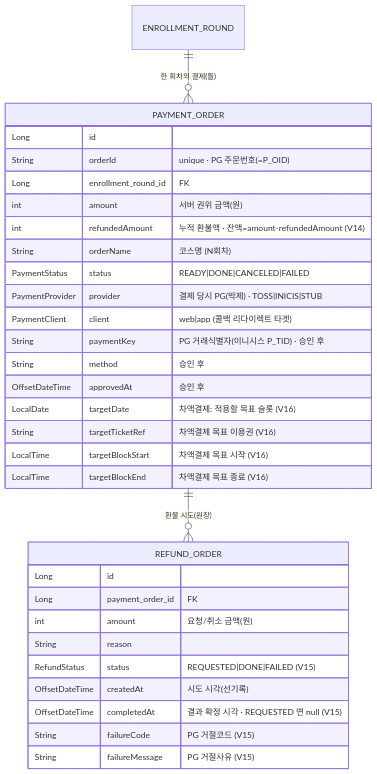
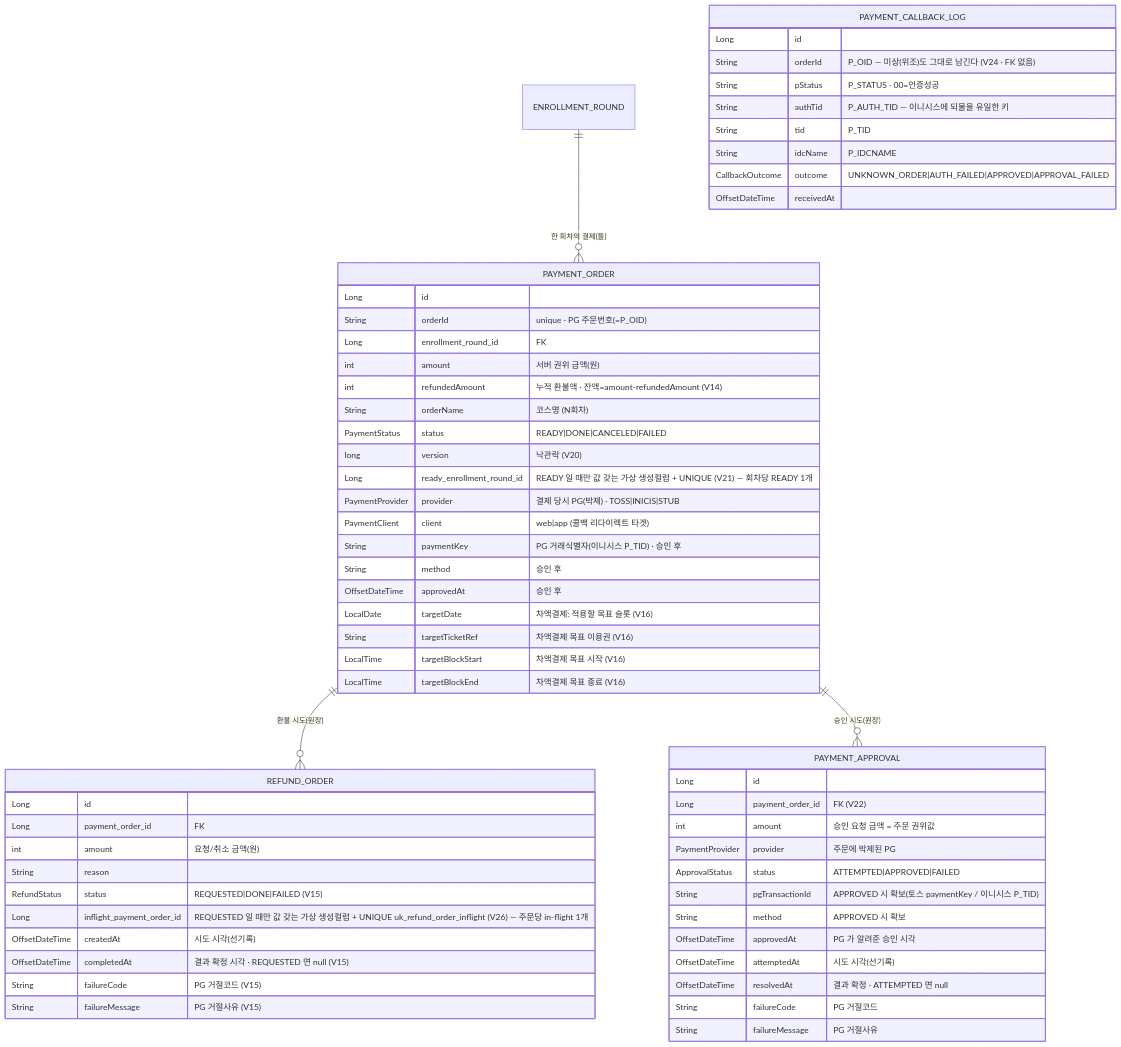
The third of 3 diagrams in docs/architecture/payment.md (pungdong/Pungdong-Backend), drawn with Mermaid before and after one commit. The commit also changed other lines of this file and 1 other file, not shown here.

````diff
--- a/docs/architecture/payment.md
+++ b/docs/architecture/payment.md
@@ -98,34 +112,62 @@
 ```mermaid
 erDiagram
     ENROLLMENT_ROUND ||--o{ PAYMENT_ORDER : "한 회차의 결제(들)"
     PAYMENT_ORDER {
         Long id
         String orderId "unique · PG 주문번호(=P_OID)"
         Long enrollment_round_id "FK"
         int amount "서버 권위 금액(원)"
         int refundedAmount "누적 환불액 · 잔액=amount-refundedAmount (V14)"
         String orderName "코스명 (N회차)"
         PaymentStatus status "READY|DONE|CANCELED|FAILED"
+        long version "낙관락 (V20)"
+        Long ready_enrollment_round_id "READY 일 때만 값 갖는 가상 생성컬럼 + UNIQUE (V21) — 회차당 READY 1개"
         PaymentProvider provider "결제 당시 PG(박제) · TOSS|INICIS|STUB"
         PaymentClient client "web|app (콜백 리다이렉트 타겟)"
         String paymentKey "PG 거래식별자(이니시스 P_TID) · 승인 후"
         String method "승인 후"
         OffsetDateTime approvedAt "승인 후"
         LocalDate targetDate "차액결제: 적용할 목표 슬롯 (V16)"
         String targetTicketRef "차액결제 목표 이용권 (V16)"
         LocalTime targetBlockStart "차액결제 목표 시작 (V16)"
         LocalTime targetBlockEnd "차액결제 목표 종료 (V16)"
     }
     PAYMENT_ORDER ||--o{ REFUND_ORDER : "환불 시도(원장)"
     REFUND_ORDER {
         Long id
         Long payment_order_id "FK"
         int amount "요청/취소 금액(원)"
         String reason
         RefundStatus status "REQUESTED|DONE|FAILED (V15)"
+        Long inflight_payment_order_id "REQUESTED 일 때만 값 갖는 가상 생성컬럼 + UNIQUE uk_refund_order_inflight (V26) — 주문당 in-flight 1개"
         OffsetDateTime createdAt "시도 시각(선기록)"
         OffsetDateTime completedAt "결과 확정 시각 · REQUESTED 면 null (V15)"
         String failureCode "PG 거절코드 (V15)"
         String failureMessage "PG 거절사유 (V15)"
     }
+    PAYMENT_ORDER ||--o{ PAYMENT_APPROVAL : "승인 시도(원장)"
+    PAYMENT_APPROVAL {
+        Long id
+        Long payment_order_id "FK (V22)"
+        int amount "승인 요청 금액 = 주문 권위값"
+        PaymentProvider provider "주문에 박제된 PG"
+        ApprovalStatus status "ATTEMPTED|APPROVED|FAILED"
+        String pgTransactionId "APPROVED 시 확보(토스 paymentKey / 이니시스 P_TID)"
+        String method "APPROVED 시 확보"
+        OffsetDateTime approvedAt "PG 가 알려준 승인 시각"
+        OffsetDateTime attemptedAt "시도 시각(선기록)"
+        OffsetDateTime resolvedAt "결과 확정 · ATTEMPTED 면 null"
+        String failureCode "PG 거절코드"
+        String failureMessage "PG 거절사유"
+    }
+    PAYMENT_CALLBACK_LOG {
+        Long id
+        String orderId "P_OID — 미상(위조)도 그대로 남긴다 (V24 · FK 없음)"
+        String pStatus "P_STATUS · 00=인증성공"
+        String authTid "P_AUTH_TID — 이니시스에 되물을 유일한 키"
+        String tid "P_TID"
+        String idcName "P_IDCNAME"
+        CallbackOutcome outcome "UNKNOWN_ORDER|AUTH_FAILED|APPROVED|APPROVAL_FAILED"
+        OffsetDateTime receivedAt
+    }
 ```
````
